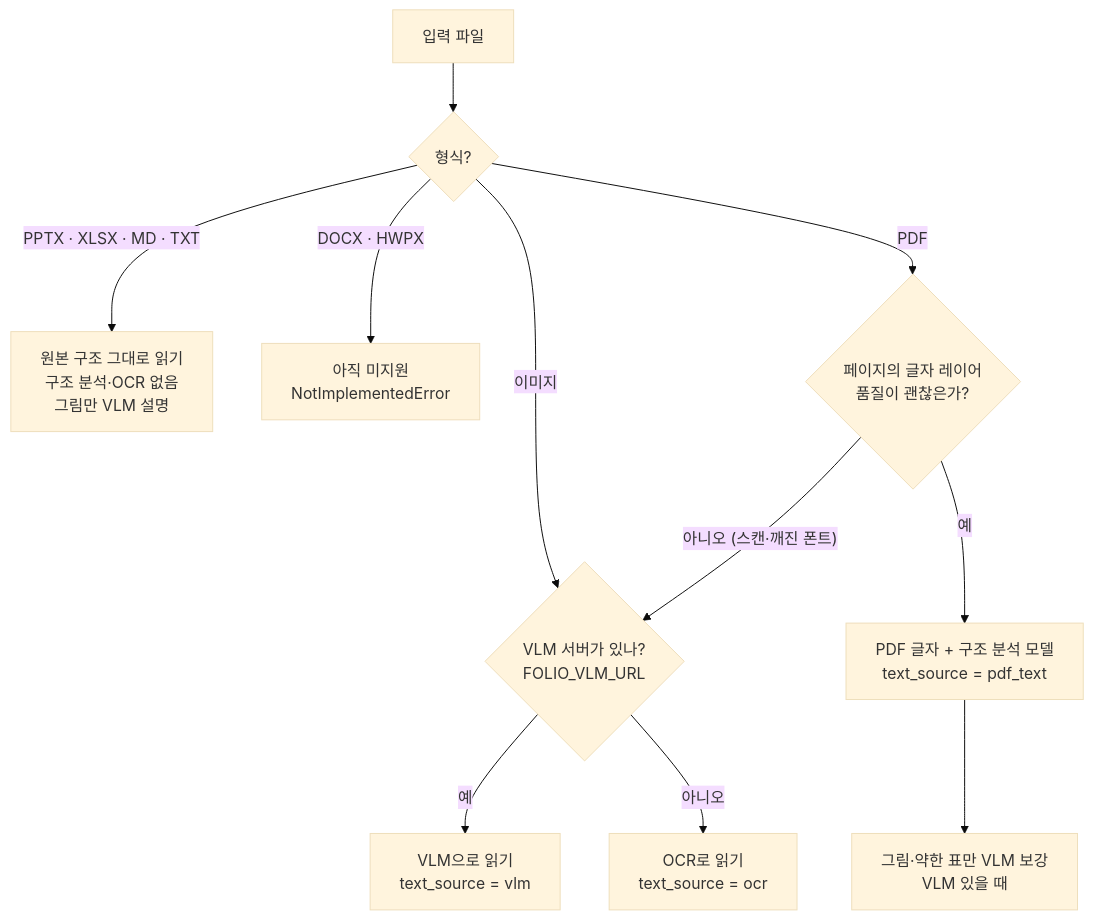
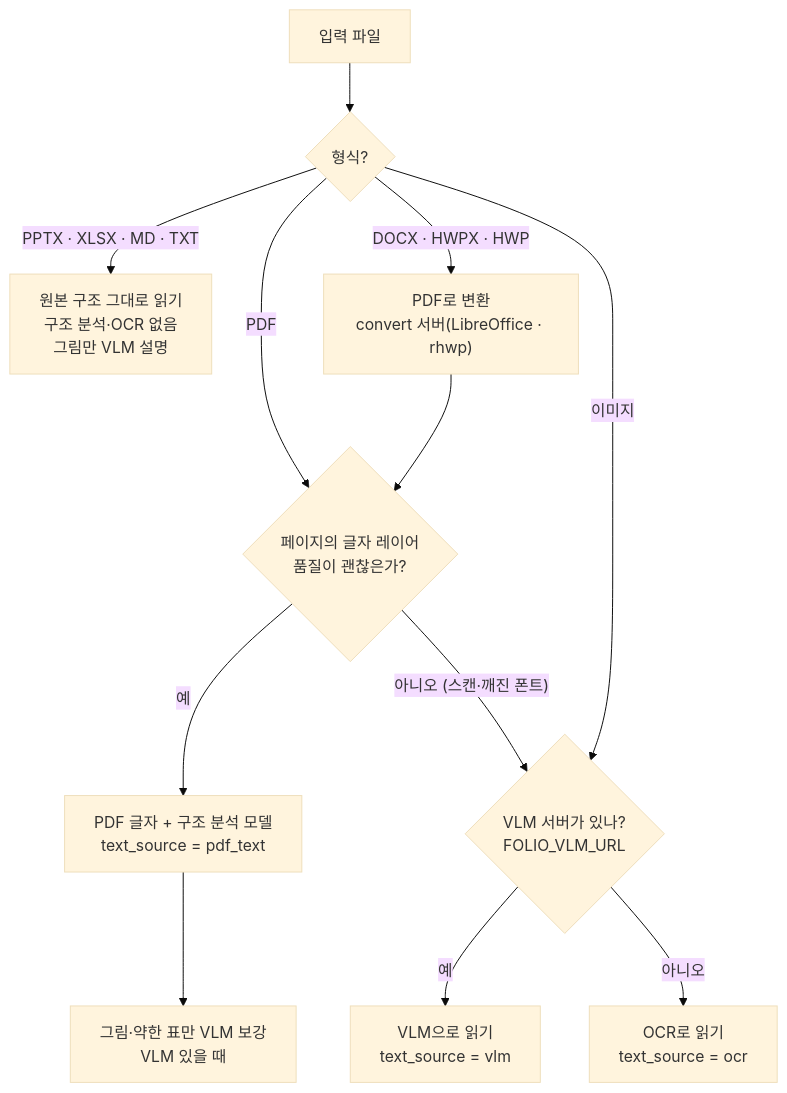
One commit to pilsu-choi/folio changed the fourth of 7 diagrams in README.md. Above: the diagram before and after it, drawn with Mermaid (base theme). The commit also changed other lines of this file and 5 other files, not shown here.

Commit message:
docs: FR-20 convert mode — README diagrams/status, INTERFACES, deploy/helm READMEs, PRD, wiki record

````diff
--- a/README.md
+++ b/README.md
@@ -86,13 +86,14 @@
 ```mermaid
 flowchart TD
     In["입력 파일"] --> T{"형식?"}
     T -- "PPTX · XLSX · MD · TXT" --> N["원본 구조 그대로 읽기<br/>구조 분석·OCR 없음<br/>그림만 VLM 설명"]
-    T -- "DOCX · HWPX" --> X["아직 미지원<br/>NotImplementedError"]
+    T -- "DOCX · HWPX · HWP" --> X["PDF로 변환<br/>convert 서버(LibreOffice · rhwp)"]
+    X --> Q
     T -- "이미지" --> IMG
     T -- "PDF" --> Q{"페이지의 글자 레이어<br/>품질이 괜찮은가?"}
     Q -- "예" --> D["PDF 글자 + 구조 분석 모델<br/>text_source = pdf_text"]
     Q -- "아니오 (스캔·깨진 폰트)" --> IMG{"VLM 서버가 있나?<br/>FOLIO_VLM_URL"}
     IMG -- "예" --> V["VLM으로 읽기<br/>text_source = vlm"]
     IMG -- "아니오" --> O["OCR로 읽기<br/>text_source = ocr"]
     D --> EN["그림·약한 표만 VLM 보강<br/>VLM 있을 때"]
 ```
````
